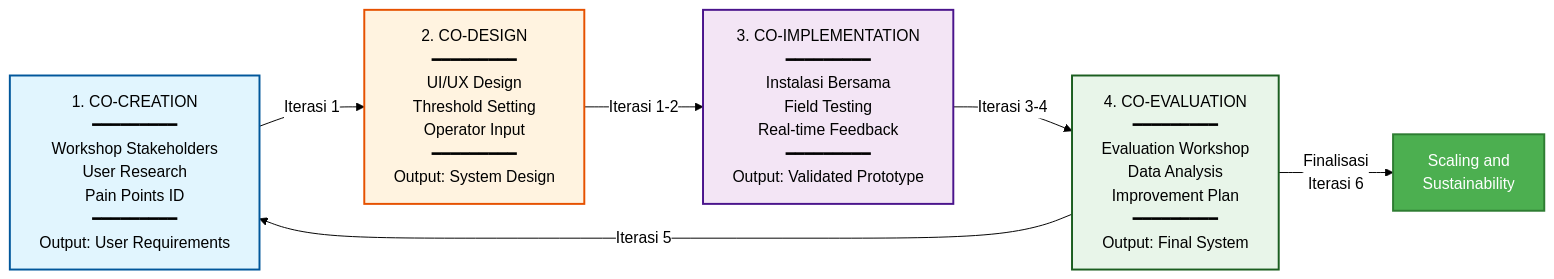
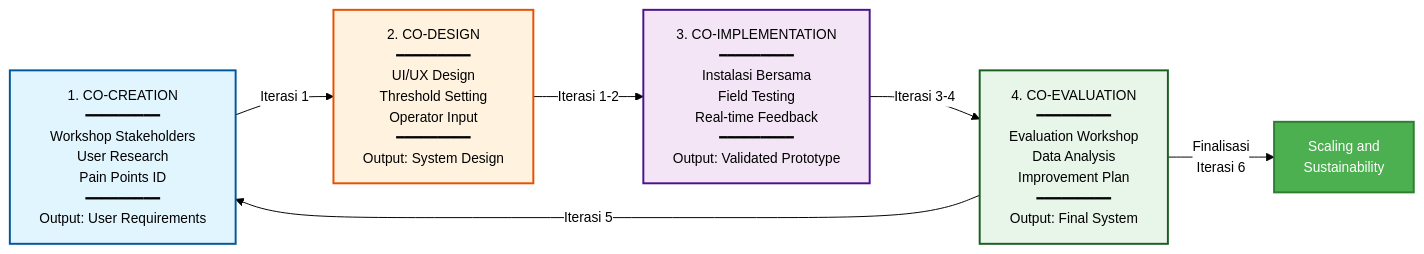
Before and after one commit to antonprafanto/buros2025: the fifth of 5 diagrams in 01_PROPOSAL_UTAMA_BESTARI_SAINTEK.md, drawn with Mermaid. The commit also changed other lines of this file, not shown here.

First line of the commit message:
Enhance Mermaid diagram theme with comprehensive white background

````diff
--- a/01_PROPOSAL_UTAMA_BESTARI_SAINTEK.md
+++ b/01_PROPOSAL_UTAMA_BESTARI_SAINTEK.md
@@ -481,49 +481,49 @@
 ```mermaid
-%%{init: {'theme':'base', 'themeVariables': { 'primaryColor':'#ffffff','primaryTextColor':'#000','primaryBorderColor':'#000','lineColor':'#000','secondaryColor':'#f5f5f5','background':'#ffffff','mainBkg':'#ffffff','edgeLabelBackground':'#ffffff','nodeTextColor':'#000'}}}%%
+%%{init: {'theme':'base', 'themeVariables': { 'primaryColor':'#ffffff','primaryTextColor':'#000','primaryBorderColor':'#000','lineColor':'#000','secondaryColor':'#ffffff','background':'#ffffff','mainBkg':'#ffffff','secondBkg':'#ffffff','edgeLabelBackground':'#ffffff','fontFamily':'arial','fontSize':'14px','textColor':'#000','nodeBorder':'#000','nodeTextColor':'#000','arrowheadColor':'#000'}}}%%
 flowchart LR
     A["1. CO-CREATION
     ━━━━━━━━━
     Workshop Stakeholders
     User Research
     Pain Points ID
     ━━━━━━━━━
     Output: User Requirements"]
 
     B["2. CO-DESIGN
     ━━━━━━━━━
     UI/UX Design
     Threshold Setting
     Operator Input
     ━━━━━━━━━
     Output: System Design"]
 
     C["3. CO-IMPLEMENTATION
     ━━━━━━━━━
     Instalasi Bersama
     Field Testing
     Real-time Feedback
     ━━━━━━━━━
     Output: Validated Prototype"]
 
     D["4. CO-EVALUATION
     ━━━━━━━━━
     Evaluation Workshop
     Data Analysis
     Improvement Plan
     ━━━━━━━━━
     Output: Final System"]
 
     A -->|"Iterasi 1"| B
     B -->|"Iterasi 1-2"| C
     C -->|"Iterasi 3-4"| D
     D -->|"Iterasi 5"| A
     D -->|"Finalisasi
     Iterasi 6"| E["Scaling and
     Sustainability"]
 
     style A fill:#e1f5fe,stroke:#01579b,stroke-width:2px,color:#000
     style B fill:#fff3e0,stroke:#e65100,stroke-width:2px,color:#000
     style C fill:#f3e5f5,stroke:#4a148c,stroke-width:2px,color:#000
     style D fill:#e8f5e9,stroke:#1b5e20,stroke-width:2px,color:#000
     style E fill:#4caf50,color:#fff,stroke:#2e7d32,stroke-width:2px
 ```
````
